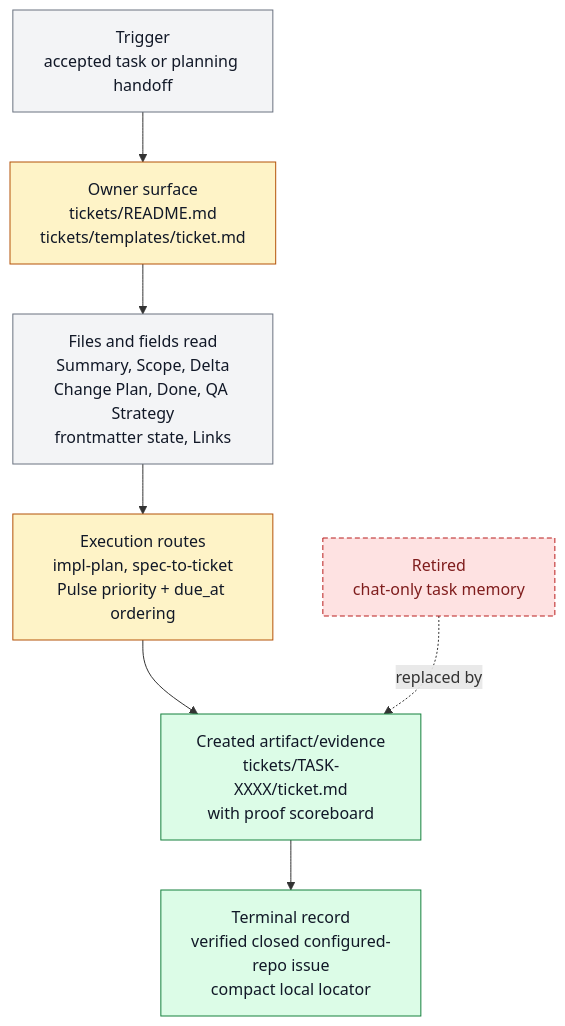
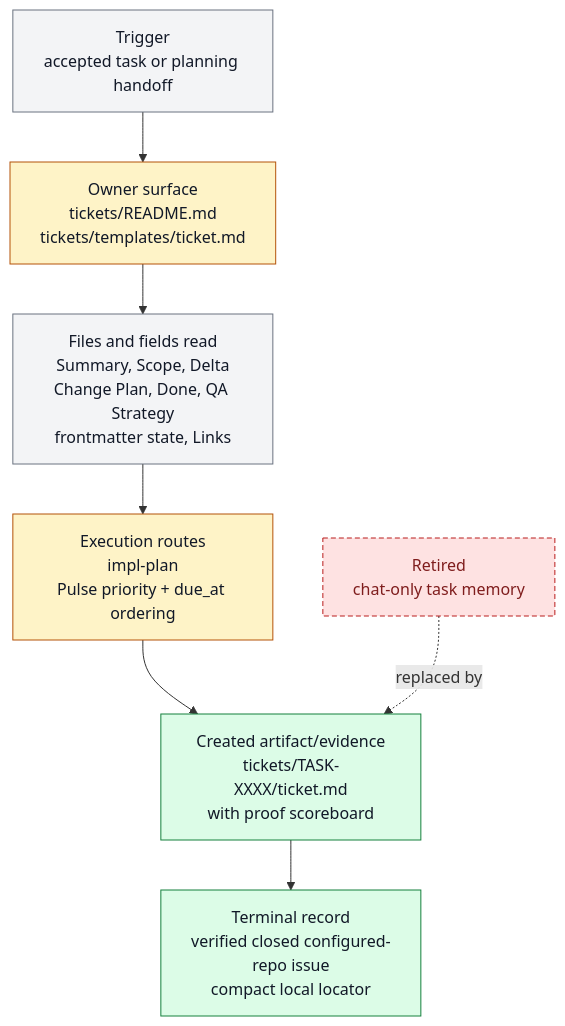
The diagram in docs/features/FEAT-0007-ticket-as-durable-task-memory.md (ZanarkandTechnologies/Farplane), drawn with Mermaid before and after one commit. The commit also changed other lines of this file and 647 other files, not shown here.

````diff
--- a/docs/features/FEAT-0007-ticket-as-durable-task-memory.md
+++ b/docs/features/FEAT-0007-ticket-as-durable-task-memory.md
@@ -158,19 +158,19 @@
 ```mermaid
 flowchart TD
   classDef keep fill:#f3f4f6,stroke:#6b7280,color:#111827
   classDef changed fill:#fef3c7,stroke:#b45309,color:#111827
   classDef added fill:#dcfce7,stroke:#15803d,color:#111827
   classDef retired fill:#fee2e2,stroke:#b91c1c,color:#7f1d1d,stroke-dasharray: 5 3
 
   trigger["Trigger<br/>accepted task or planning handoff"]:::keep
   owner["Owner surface<br/>tickets/README.md<br/>tickets/templates/ticket.md"]:::changed
   readers["Files and fields read<br/>Summary, Scope, Delta<br/>Change Plan, Done, QA Strategy<br/>frontmatter state, Links"]:::keep
-  routes["Execution routes<br/>impl-plan, spec-to-ticket<br/>Pulse priority + due_at ordering"]:::changed
+  routes["Execution routes<br/>impl-plan<br/>Pulse priority + due_at ordering"]:::changed
   artifact["Created artifact/evidence<br/>tickets/TASK-XXXX/ticket.md<br/>with proof scoreboard"]:::added
   close["Terminal record<br/>verified closed configured-repo issue<br/>compact local locator"]:::added
   old["Retired<br/>chat-only task memory"]:::retired
 
   trigger --> owner --> readers --> routes --> artifact
   artifact --> close
   old -. replaced by .-> artifact
 ```
````
